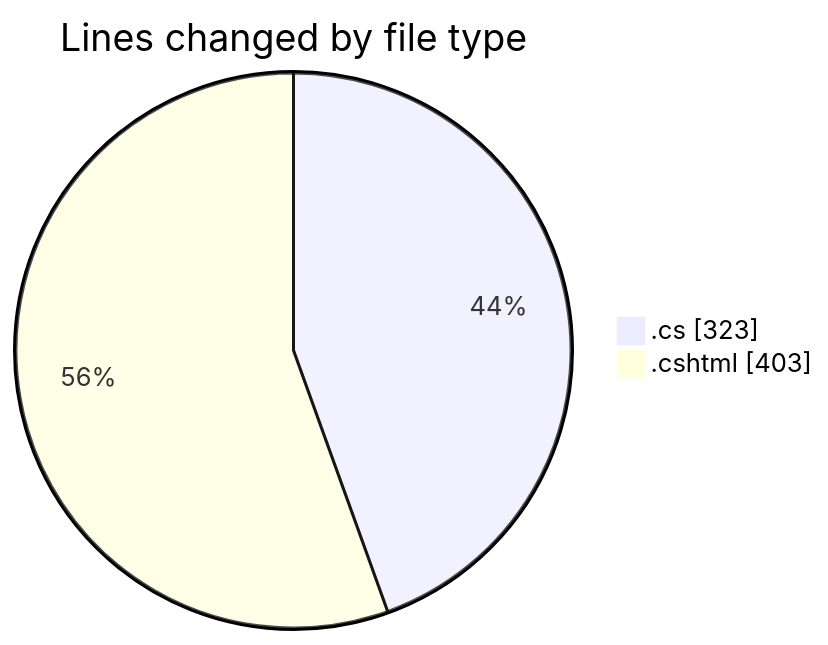
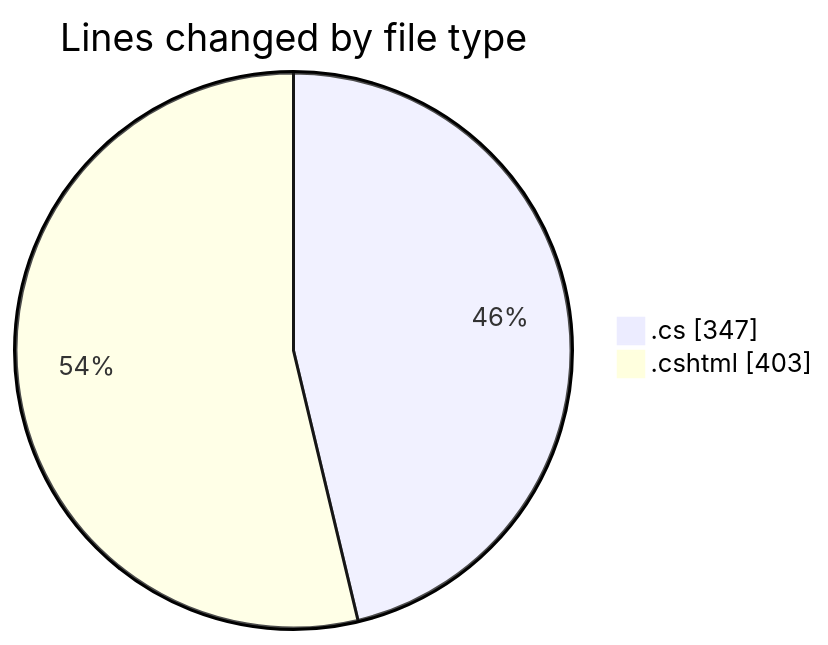
The first of 2 diagrams in 2025-07-15/footballstatsapp/README.md (lephambinh05/code-tracking), drawn with Mermaid before and after one commit. The commit also changed other lines of this file and 1 other file, not shown here.

````diff
--- a/2025-07-15/footballstatsapp/README.md
+++ b/2025-07-15/footballstatsapp/README.md
@@ -39,6 +39,6 @@
 ```mermaid
 pie showData
 title Lines changed by file type
-".cs" : 323
+".cs" : 347
 ".cshtml" : 403
 ```
````
